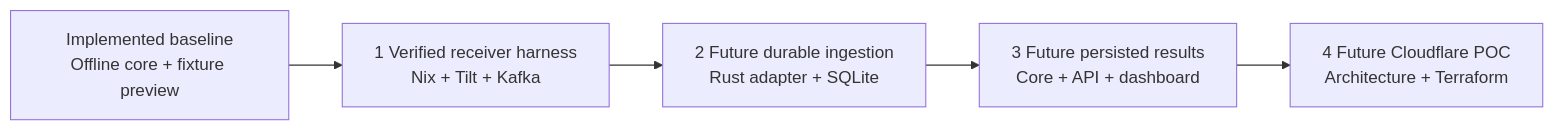
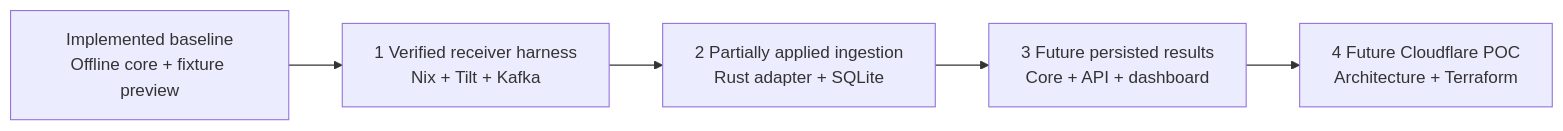
The diagram in docs/plan.md (jestrada/ChargeShare), drawn with Mermaid before and after one commit. The commit also changed other lines of this file and 31 other files, not shown here.

Commit message:
Implement scoped durable synthetic ingestion and recovery

````diff
--- a/docs/plan.md
+++ b/docs/plan.md
@@ -18,9 +22,9 @@
 ```mermaid
 flowchart LR
     baseline["Implemented baseline<br/>Offline core + fixture preview"]
     harness["1 Verified receiver harness<br/>Nix + Tilt + Kafka"]
-    ingestion["2 Future durable ingestion<br/>Rust adapter + SQLite"]
+    ingestion["2 Partially applied ingestion<br/>Rust adapter + SQLite"]
     results["3 Future persisted results<br/>Core + API + dashboard"]
     cloudflare["4 Future Cloudflare POC<br/>Architecture + Terraform"]
     baseline --> harness --> ingestion --> results --> cloudflare
 ```
````
